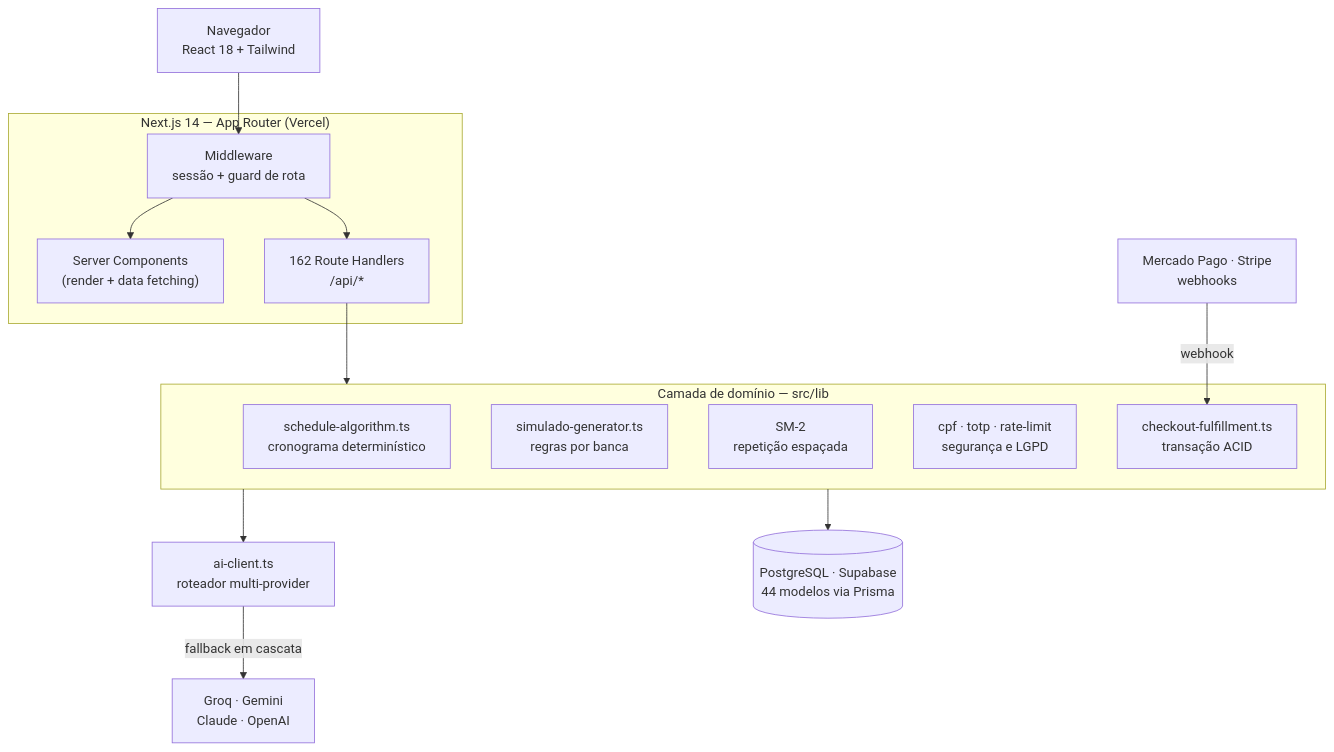
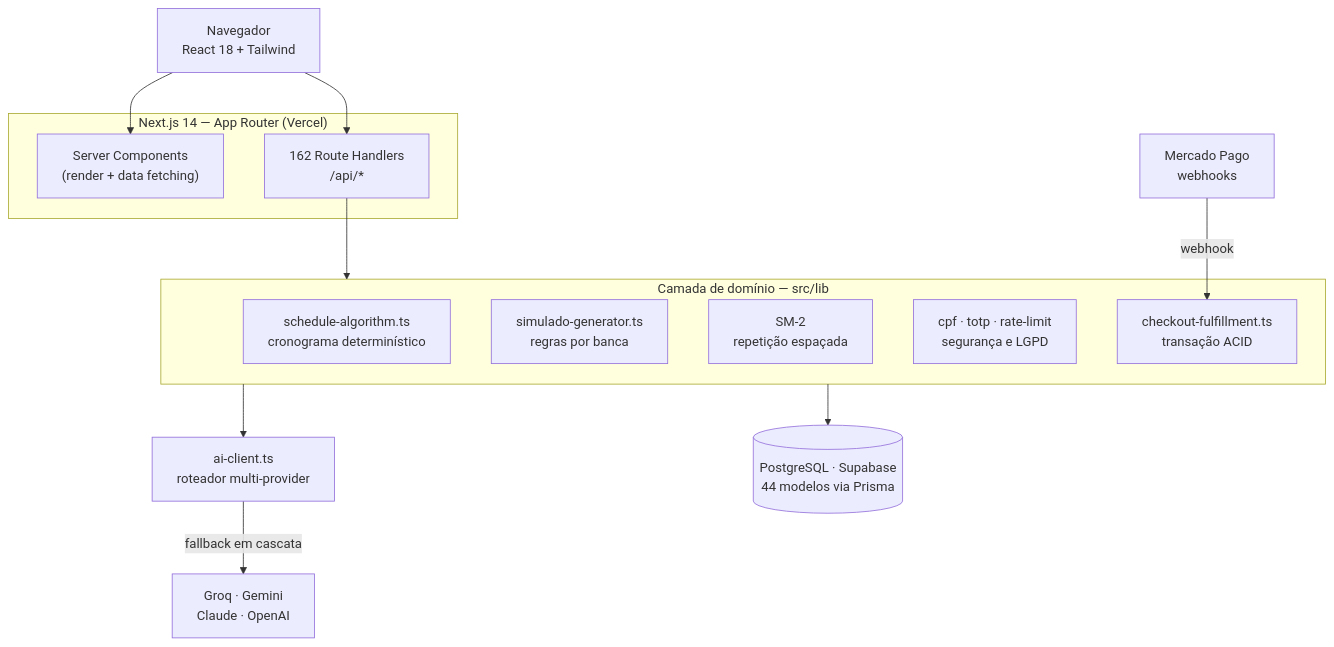
Before and after one commit to Lucascarvalho20/gabaritai: the diagram in README.md, drawn with Mermaid. The commit also changed other lines of this file and 2 other files, not shown here.

````diff
--- a/README.md
+++ b/README.md
@@ -19,29 +20,28 @@
 ```mermaid
 flowchart TB
     Browser["Navegador<br/>React 18 + Tailwind"]
 
     subgraph Next["Next.js 14 — App Router (Vercel)"]
         RSC["Server Components<br/>(render + data fetching)"]
         API["162 Route Handlers<br/>/api/*"]
-        MW["Middleware<br/>sessão + guard de rota"]
     end
 
     subgraph Dominio["Camada de domínio — src/lib"]
         SCHED["schedule-algorithm.ts<br/>cronograma determinístico"]
         SIM["simulado-generator.ts<br/>regras por banca"]
         SM2["SM-2<br/>repetição espaçada"]
         SEC["cpf · totp · rate-limit<br/>segurança e LGPD"]
         FULFILL["checkout-fulfillment.ts<br/>transação ACID"]
     end
 
     AI["ai-client.ts<br/>roteador multi-provider"]
     DB[("PostgreSQL · Supabase<br/>44 modelos via Prisma")]
-    PAY["Mercado Pago · Stripe<br/>webhooks"]
+    PAY["Mercado Pago<br/>webhooks"]
 
-    Browser --> MW --> RSC & API
+    Browser --> RSC & API
     API --> Dominio
     Dominio --> DB
     Dominio --> AI
     AI -->|"fallback em cascata"| LLM["Groq · Gemini<br/>Claude · OpenAI"]
     PAY -->|webhook| FULFILL
 ```
````
